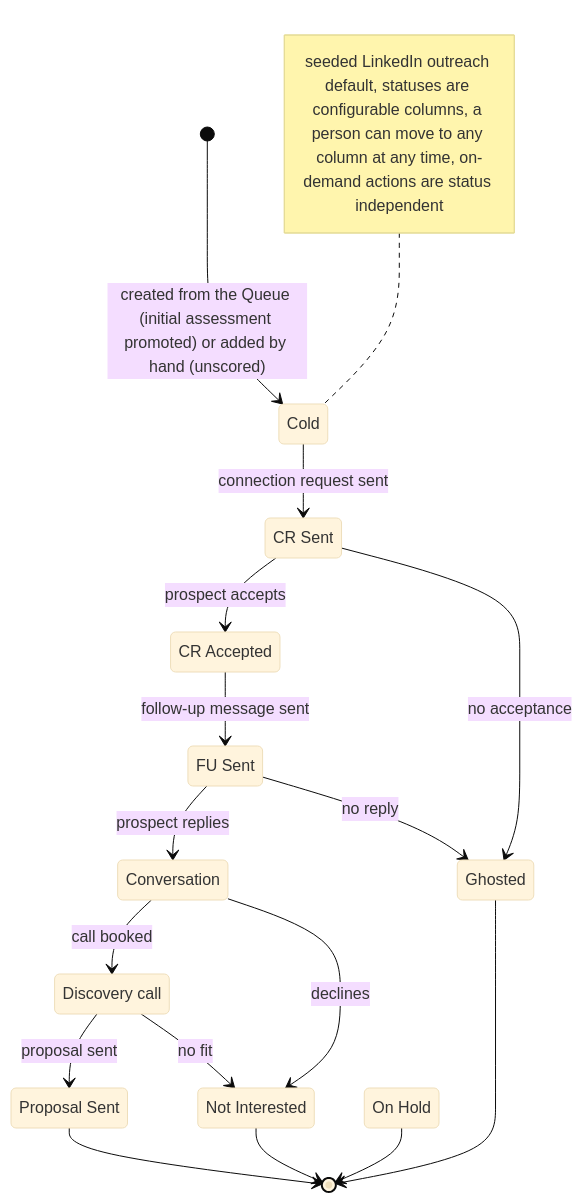
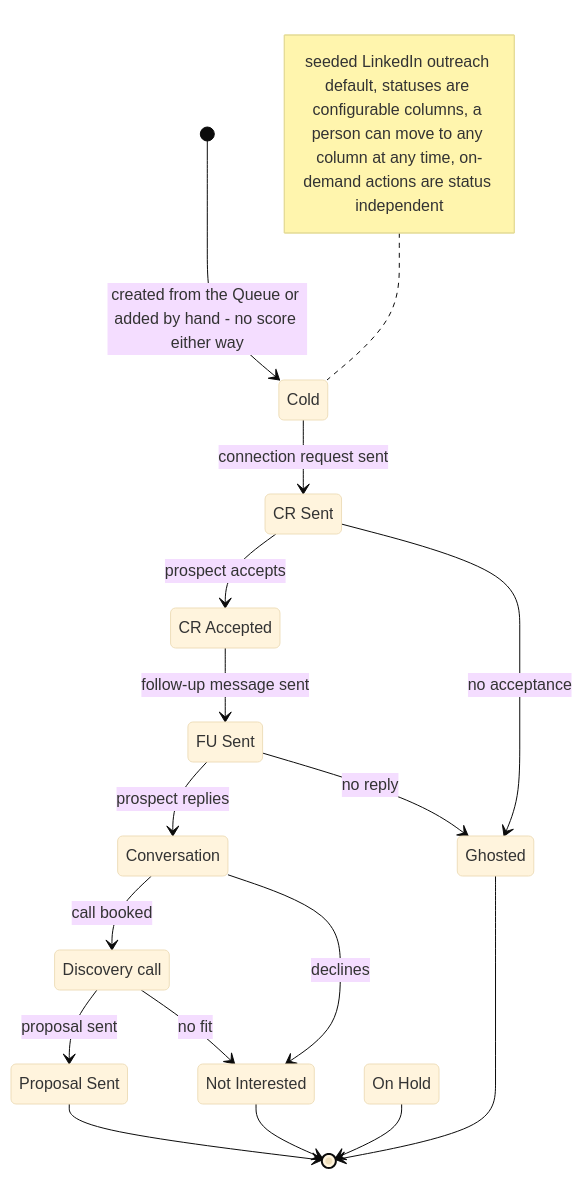
One commit to m-ratnikov/wisery-crm changed the third of 4 diagrams in docs/architecture/domain-model.md. Above: the diagram before and after it, drawn with Mermaid (base theme). The commit also changed other lines of this file and 102 other files, not shown here.

````diff
--- a/docs/architecture/domain-model.md
+++ b/docs/architecture/domain-model.md
@@ -294,29 +297,29 @@
 ```mermaid
 stateDiagram-v2
     state "Cold" as cold
     state "CR Sent" as crsent
     state "CR Accepted" as craccept
     state "FU Sent" as fusent
     state "Conversation" as conv
     state "Discovery call" as disco
     state "Proposal Sent" as proposal
     state "Not Interested" as notint
     state "Ghosted" as ghosted
     state "On Hold" as onhold
-    [*] --> cold : created from the Queue (initial assessment promoted) or added by hand (unscored)
+    [*] --> cold : created from the Queue or added by hand - no score either way
     cold --> crsent : connection request sent
     crsent --> craccept : prospect accepts
     crsent --> ghosted : no acceptance
     craccept --> fusent : follow-up message sent
     fusent --> conv : prospect replies
     fusent --> ghosted : no reply
     conv --> disco : call booked
     conv --> notint : declines
     disco --> proposal : proposal sent
     disco --> notint : no fit
     proposal --> [*]
     notint --> [*]
     ghosted --> [*]
     onhold --> [*]
     note left of cold : seeded LinkedIn outreach default, statuses are configurable columns, a person can move to any column at any time, on-demand actions are status independent
 ```
````
